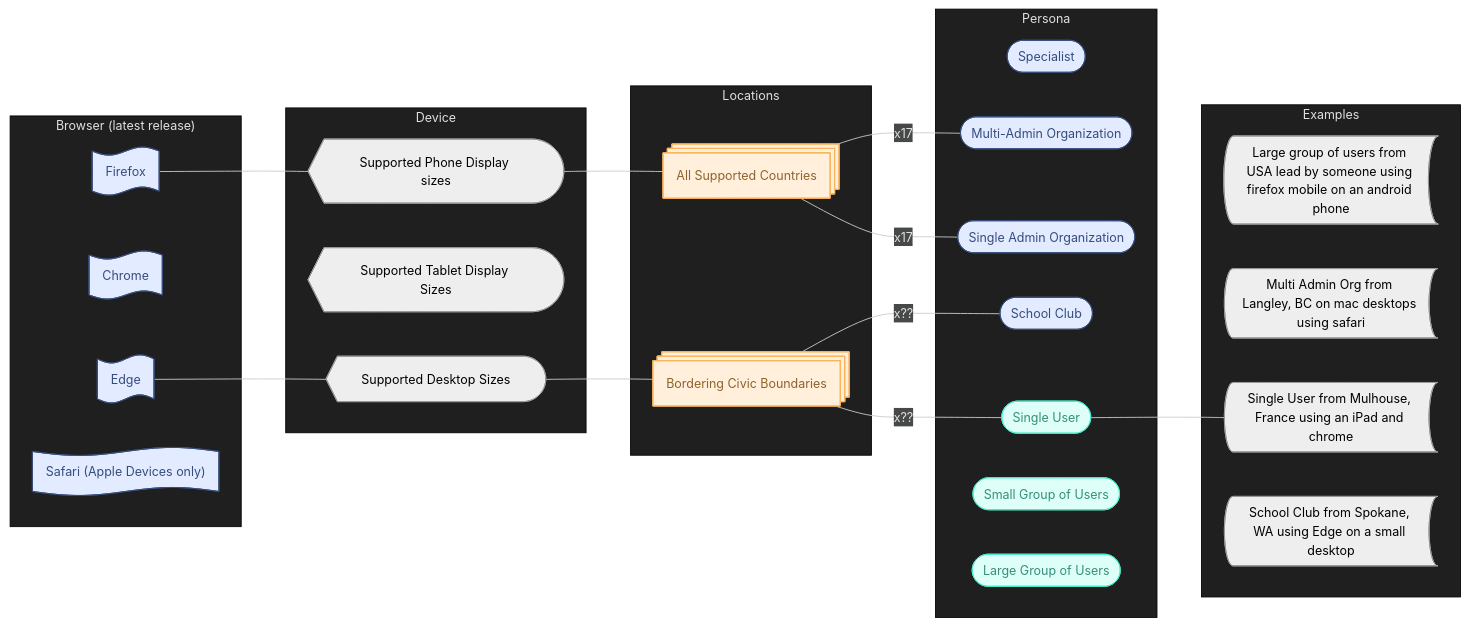
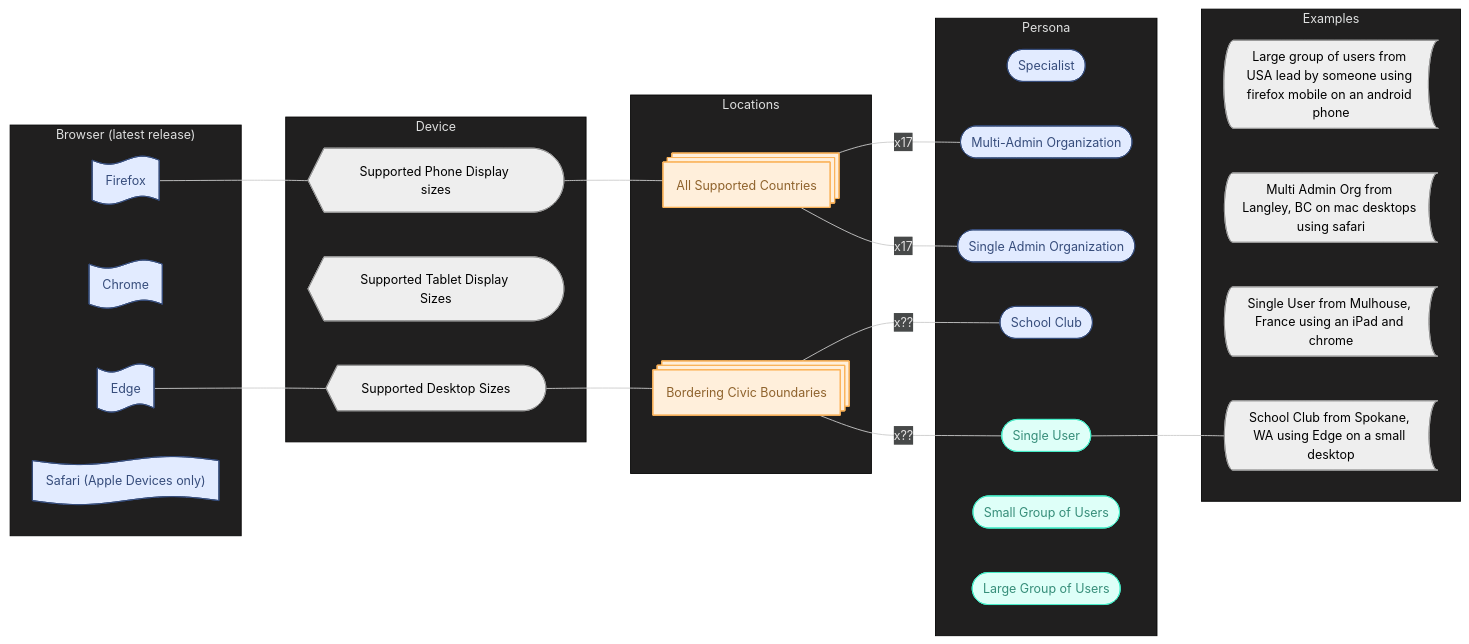
One commit to JustServe-Resources/Documentation changed the diagram in src/docs/en/persona-matrix.md. Above: the diagram before and after it, drawn with Mermaid.

Commit message:
refactor: improve visibility
move right-most table up to avoid overlapping with gh controls

```diff
--- a/src/docs/en/persona-matrix.md
+++ b/src/docs/en/persona-matrix.md
@@ -39,11 +39,11 @@
   end
     n8 -- x17 --- n2 & n3
     n9 -- x?? --- n4 & n5
-    n5 --- n12
     n15 --- n8
     n21 --- n15
     n23 --- n20
     n20 --- n9
+    n5 --- n13
     n8@{ shape: procs}
     n9@{ shape: procs}
     n11@{ shape: stored-data}
```
